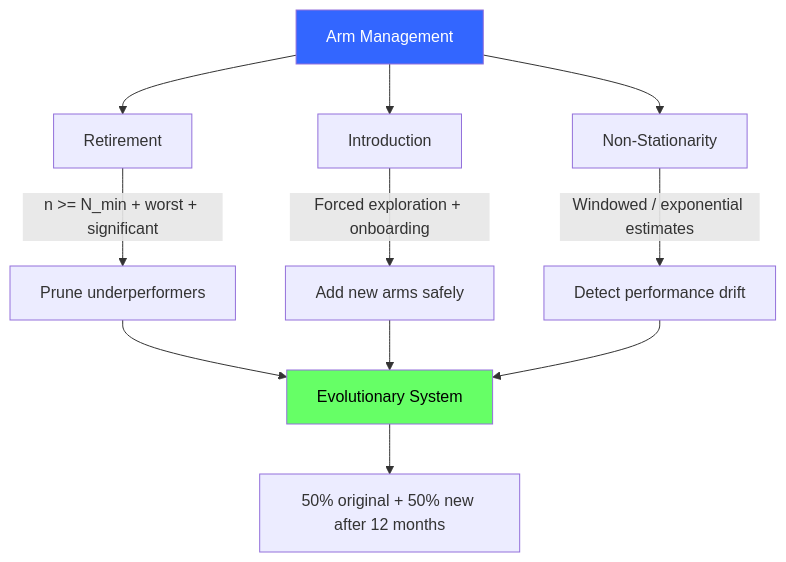
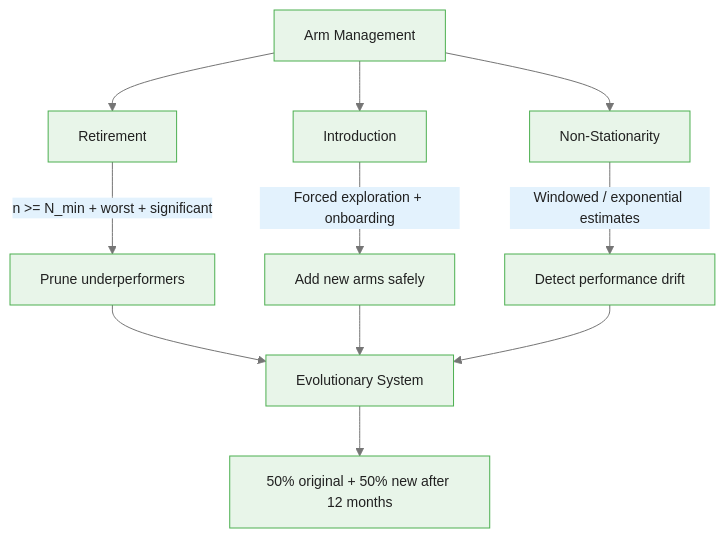
Before and after one commit to m-deane/course-creator: the fifth of 5 diagrams in courses/multi-armed-bandits-ab-testing/modules/module_04_content_growth_optimization/guides/03_arm_management_slides.md, drawn with Mermaid. The commit also changed other lines of this file and 146 other files, not shown here.

````diff
--- a/courses/multi-armed-bandits-ab-testing/modules/module_04_content_growth_optimization/guides/03_arm_management_slides.md
+++ b/courses/multi-armed-bandits-ab-testing/modules/module_04_content_growth_optimization/guides/03_arm_management_slides.md
@@ -312,19 +345,17 @@
 ```mermaid
+%%{init: {"theme": "base", "themeVariables": {"primaryColor": "#e8f5e9", "primaryBorderColor": "#4caf50", "primaryTextColor": "#212121", "secondaryColor": "#e3f2fd", "tertiaryColor": "#fff8e1", "lineColor": "#757575", "fontFamily": "Inter, sans-serif", "fontSize": "14px"}}}%%
 flowchart TD
     AM["Arm Management"] --> Retire["Retirement"]
     AM --> Intro["Introduction"]
     AM --> NonStat["Non-Stationarity"]
 
     Retire --> |"n >= N_min + worst + significant"| Prune["Prune underperformers"]
     Intro --> |"Forced exploration + onboarding"| Add["Add new arms safely"]
     NonStat --> |"Windowed / exponential estimates"| Adapt["Detect performance drift"]
 
     Prune --> Evolve["Evolutionary System"]
     Add --> Evolve
     Adapt --> Evolve
 
     Evolve --> Result["50% original + 50% new after 12 months"]
-
-    style AM fill:#36f,color:#fff
-    style Evolve fill:#6f6,color:#000
 ```
````
